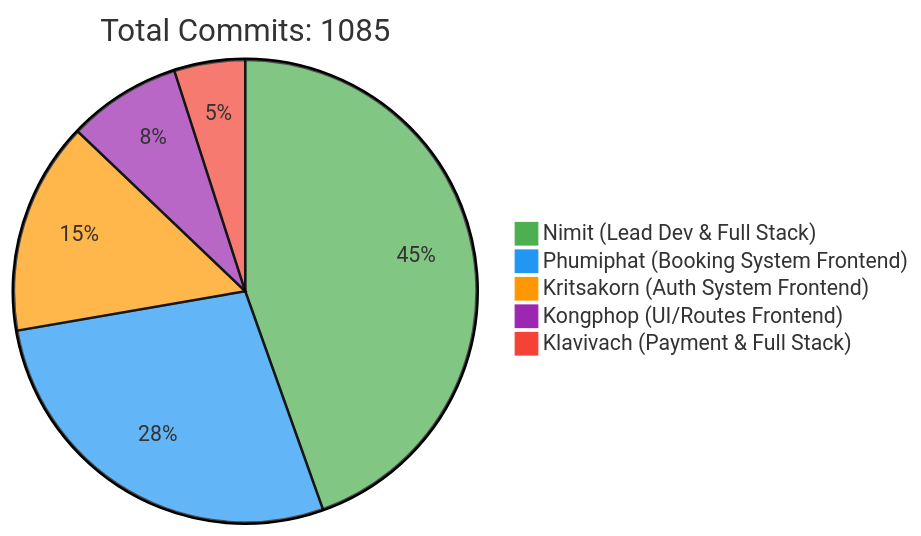
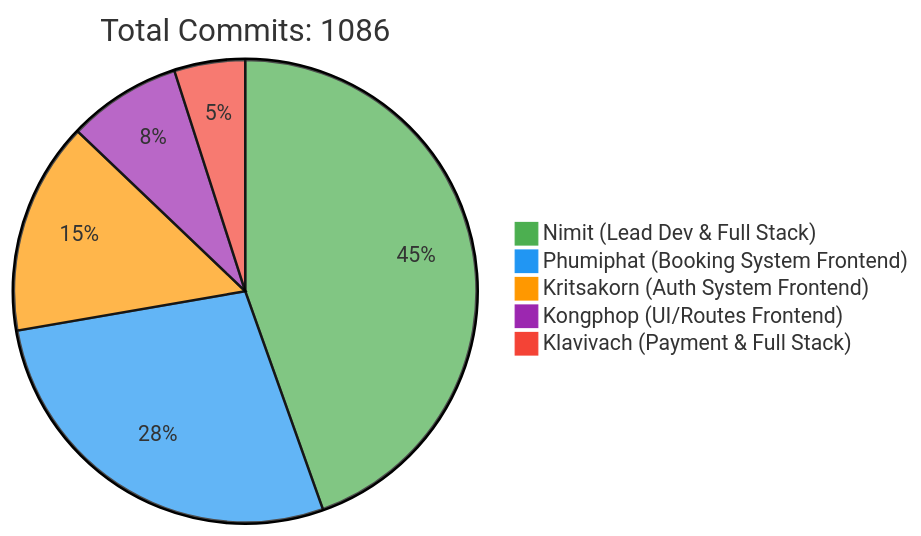
The first of 2 diagrams in README.md (6531503042/Sport-Complex), drawn with Mermaid before and after one commit. The commit also changed other lines of this file, not shown here.

Commit message:
docs: Update contributor statistics [skip ci]

````diff
--- a/README.md
+++ b/README.md
@@ -257,10 +257,10 @@
 ```mermaid
 %%{init: {'theme': 'base', 'themeVariables': { 'pie1': '#4CAF50', 'pie2': '#2196F3', 'pie3': '#FF9800', 'pie4': '#9C27B0', 'pie5': '#F44336'}}}%%
 pie
-    title Total Commits: 1085
+    title Total Commits: 1086
     "Nimit (Lead Dev & Full Stack)" : 450
     "Phumiphat (Booking System Frontend)" : 280
     "Kritsakorn (Auth System Frontend)" : 150
     "Kongphop (UI/Routes Frontend)" : 80
     "Klavivach (Payment & Full Stack)" : 50
 ```
````
